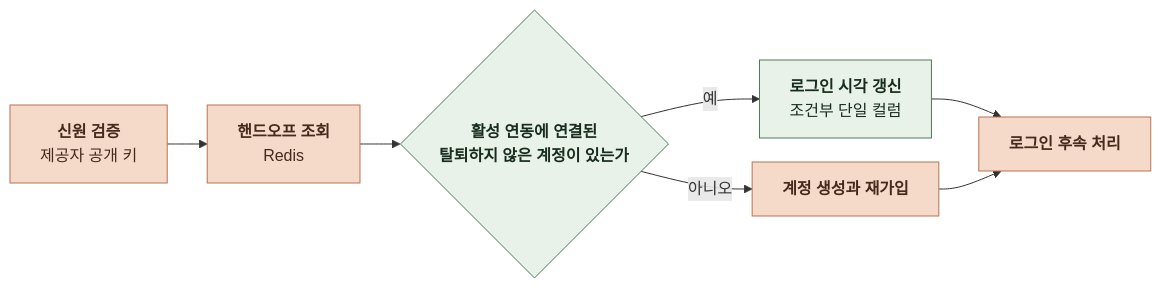
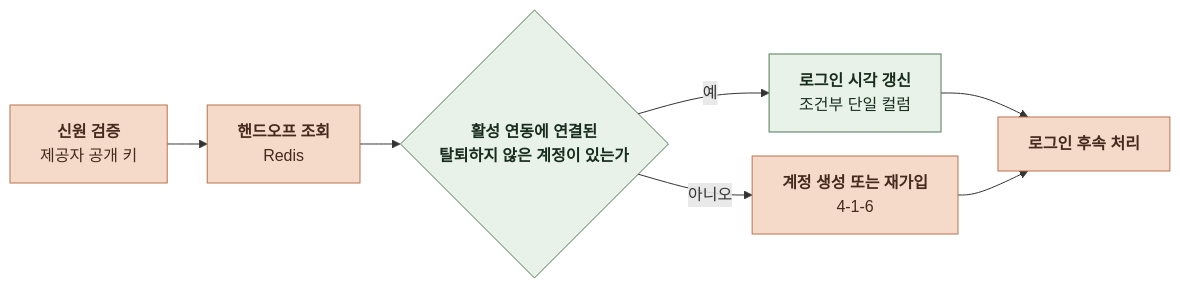
The third of 16 diagrams in docs/domain/ACCOUNT/BACKEND/4-1-PIPELINES.md (KIM-N-KANG/knk-harness), drawn with Mermaid before and after one commit. The commit also changed other lines of this file, not shown here.

````diff
--- a/docs/domain/ACCOUNT/BACKEND/4-1-PIPELINES.md
+++ b/docs/domain/ACCOUNT/BACKEND/4-1-PIPELINES.md
@@ -108,18 +108,19 @@
 ```mermaid
 %%{init: {"flowchart": {"curve": "basis", "nodeSpacing": 24, "rankSpacing": 40}}}%%
 flowchart LR
     A["`**신원 검증**
 제공자 공개 키`"] --> B["`**핸드오프 조회**
 Redis`"]
     B --> C{"`**활성 연동에 연결된
 탈퇴하지 않은 계정이 있는가**`"}
     C -->|예| D["`**로그인 시각 갱신**
 조건부 단일 컬럼`"]
-    C -->|아니오| E["`**계정 생성과 재가입**`"]
+    C -->|아니오| E["`**계정 생성 또는 재가입**
+4-1-6`"]
     D --> F["`**로그인 후속 처리**`"]
     E --> F
     classDef comp fill:#E8F2E8,stroke:#527A59,color:#182D1D
     classDef task fill:#F5D9C9,stroke:#B97450,color:#452B1D
     class C,D comp
     class A,B,E,F task
 ```
````
